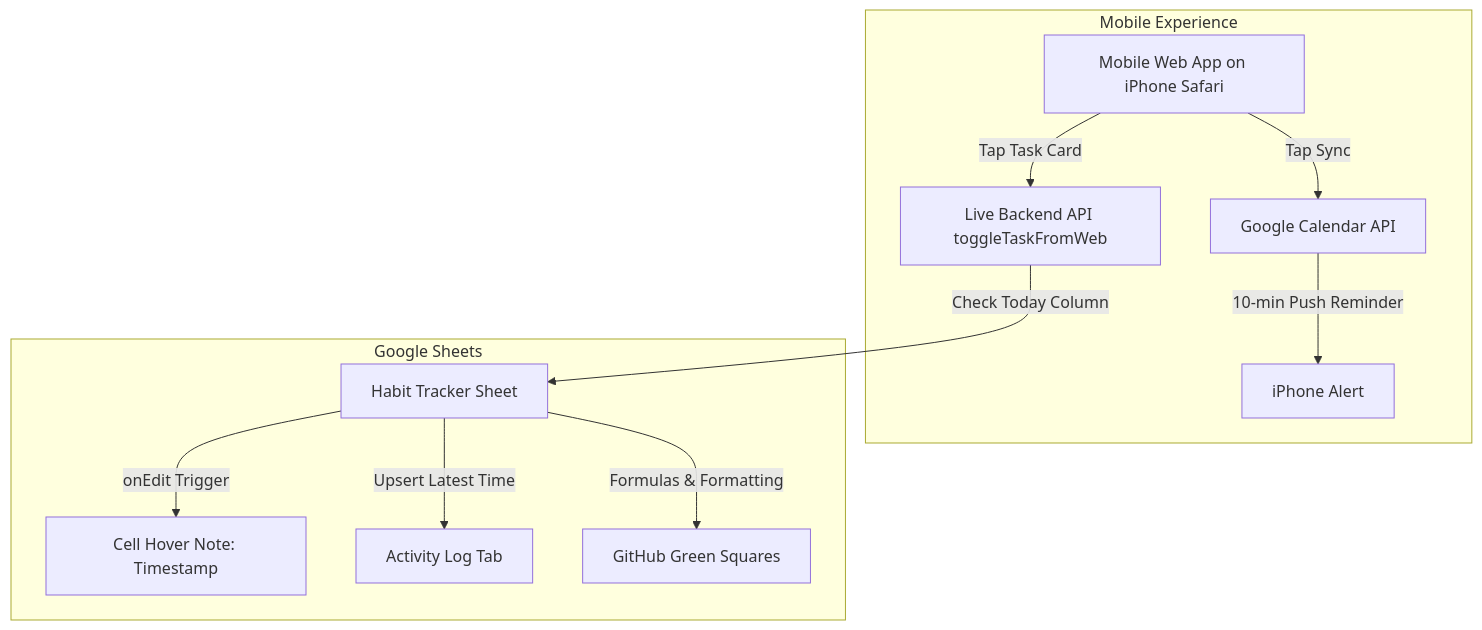
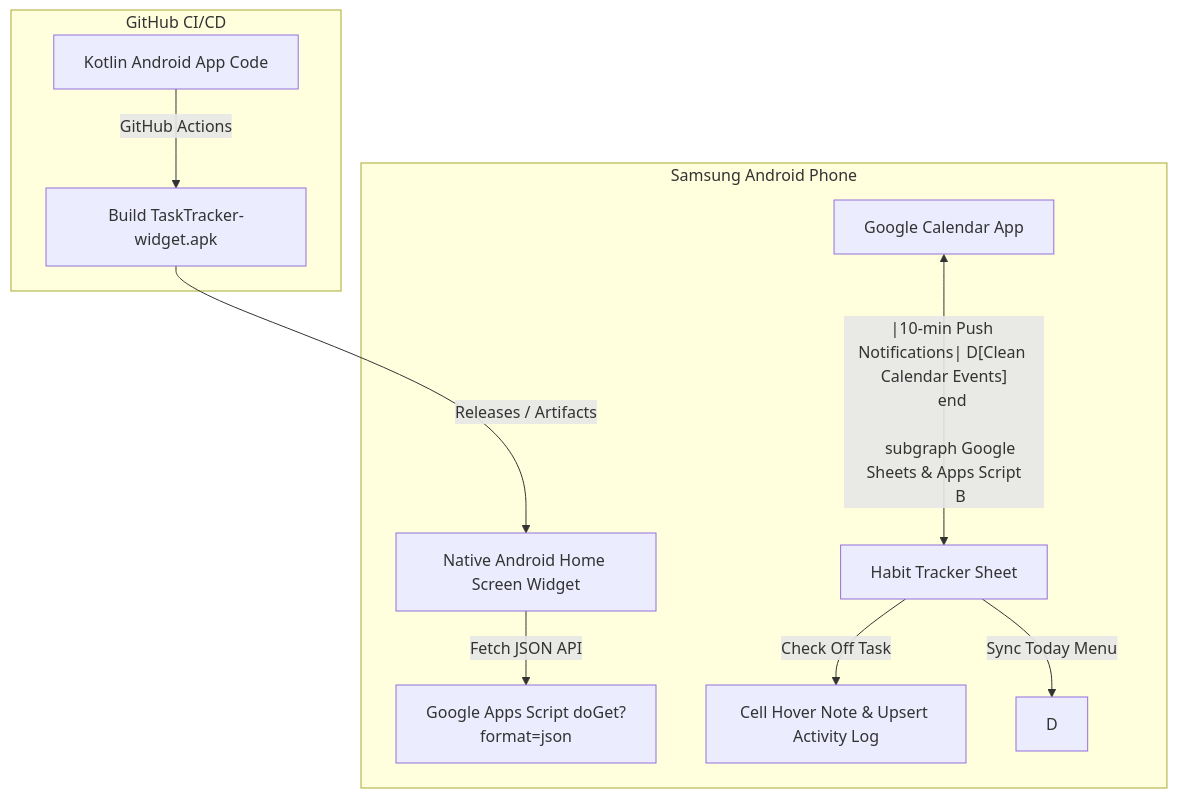
One commit to meeta13-byte/Task-Tracker changed the diagram in README.md. Above: the diagram before and after it, drawn with Mermaid. The commit also changed other lines of this file and 1 other file, not shown here.

Commit message:
docs: update README and setup instructions for Samsung Android widget

````diff
--- a/README.md
+++ b/README.md
@@ -21,15 +22,18 @@
 ```mermaid
 flowchart TD
-    subgraph Mobile Experience
-        A[Mobile Web App on iPhone Safari] -->|Tap Task Card| B[Live Backend API toggleTaskFromWeb]
-        A -->|Tap Sync| C[Google Calendar API]
-        C -->|10-min Push Reminder| D[iPhone Alert]
+    subgraph Samsung Android Phone
+        A[Native Android Home Screen Widget] -->|Fetch JSON API| B[Google Apps Script doGet?format=json]
+        C[Google Calendar App] <--|10-min Push Notifications| D[Clean Calendar Events]
     end
 
-    subgraph Google Sheets
-        B -->|Check Today Column| E[Habit Tracker Sheet]
-        E -->|onEdit Trigger| F[Cell Hover Note: Timestamp]
-        E -->|Upsert Latest Time| G[Activity Log Tab]
-        E -->|Formulas & Formatting| H[GitHub Green Squares]
+    subgraph Google Sheets & Apps Script
+        B --> E[Habit Tracker Sheet]
+        E -->|Check Off Task| F[Cell Hover Note & Upsert Activity Log]
+        E -->|Sync Today Menu| D
+    end
+
+    subgraph GitHub CI/CD
+        G[Kotlin Android App Code] -->|GitHub Actions| H[Build TaskTracker-widget.apk]
+        H -->|Releases / Artifacts| A
     end
 ```
````
